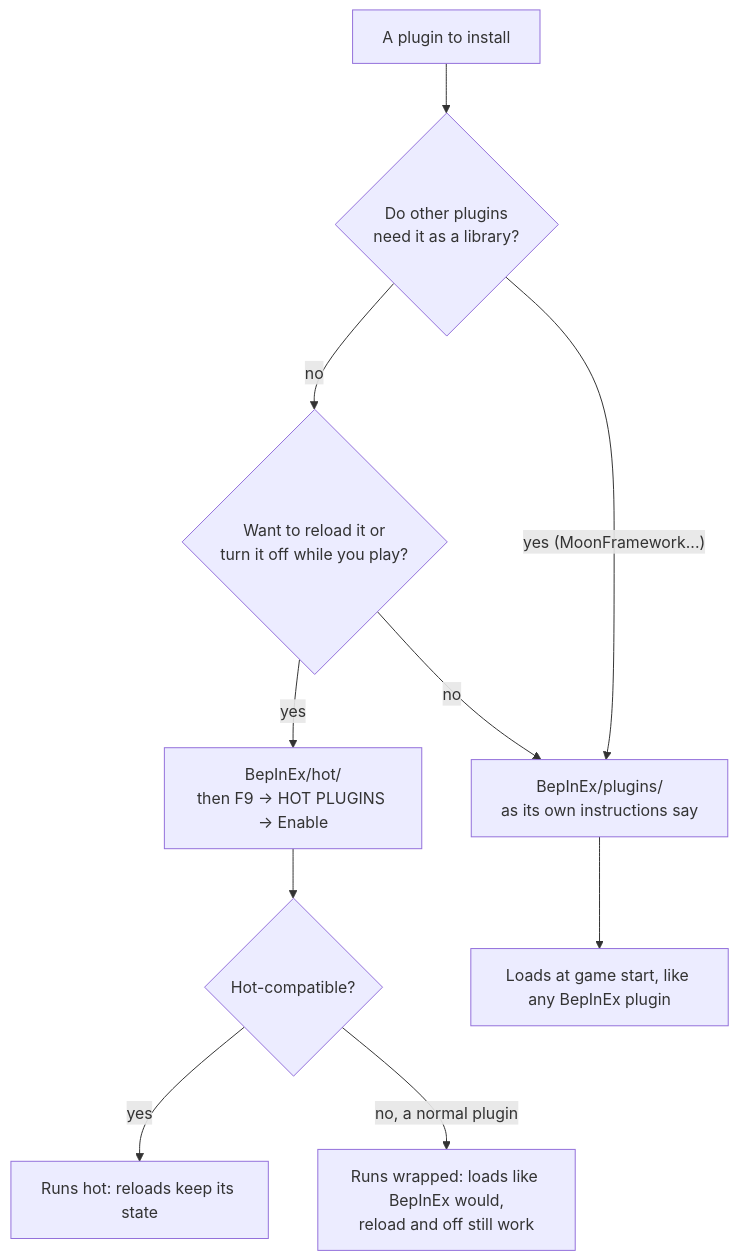
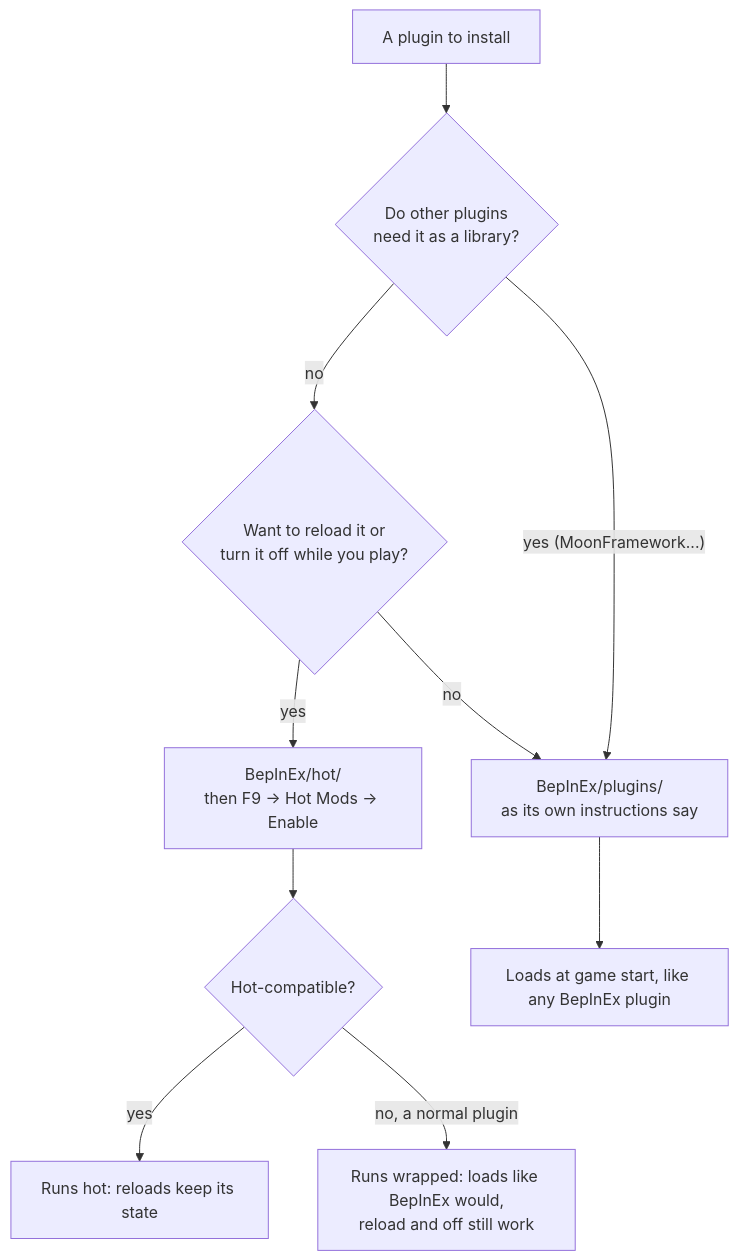
Before and after one commit to swheettaos/lunarlink: the diagram in wiki/Installing-Plugins.md, drawn with Mermaid. The commit also changed other lines of this file and 75 other files, not shown here.

````diff
--- a/wiki/Installing-Plugins.md
+++ b/wiki/Installing-Plugins.md
@@ -19,12 +19,12 @@
 ```mermaid
 flowchart TD
   p["A plugin to install"] --> lib{"Do other plugins<br/>need it as a library?"}
   lib -- "yes (MoonFramework...)" --> plug["BepInEx/plugins/<br/>as its own instructions say"]
   lib -- "no" --> q{"Want to reload it or<br/>turn it off while you play?"}
-  q -- "yes" --> hot["BepInEx/hot/<br/>then F9 → HOT PLUGINS → Enable"]
+  q -- "yes" --> hot["BepInEx/hot/<br/>then F9 → Hot Mods → Enable"]
   q -- "no" --> plug
   hot --> kind{"Hot-compatible?"}
   kind -- "yes" --> h1["Runs hot: reloads keep its state"]
   kind -- "no, a normal plugin" --> h2["Runs wrapped: loads like BepInEx would,<br/>reload and off still work"]
   plug --> norm["Loads at game start, like any BepInEx plugin"]
 ```
````
